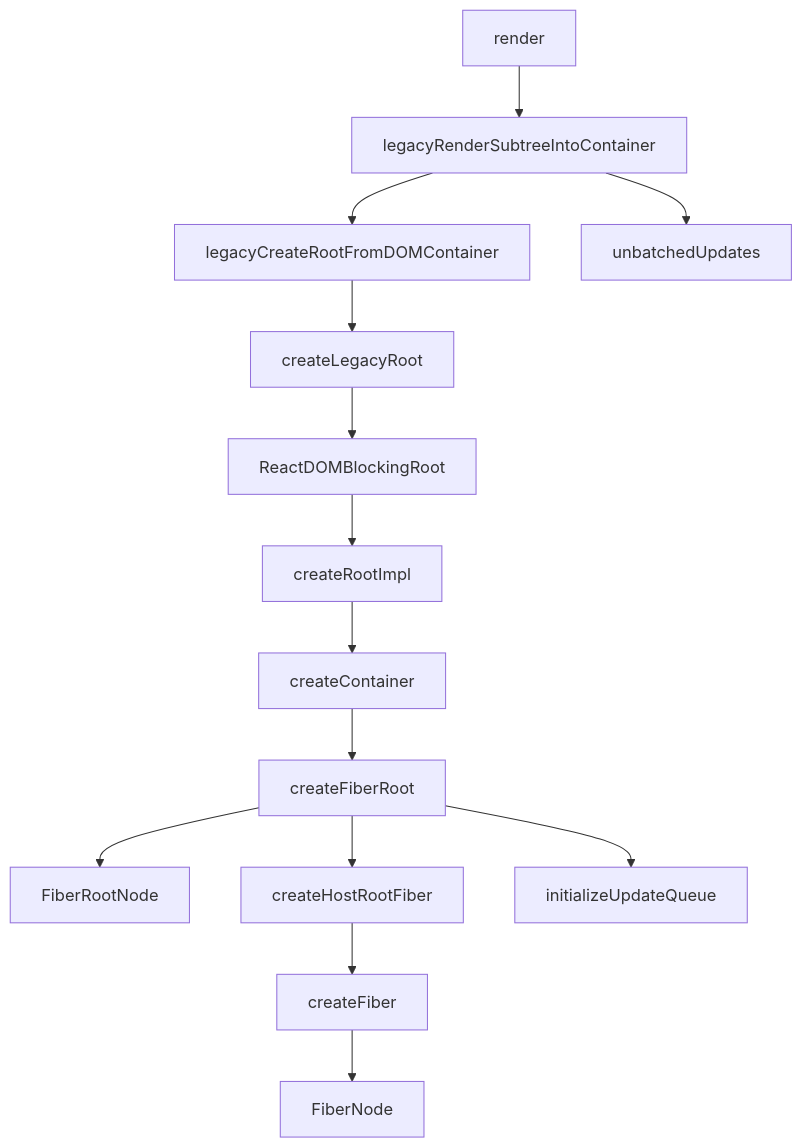
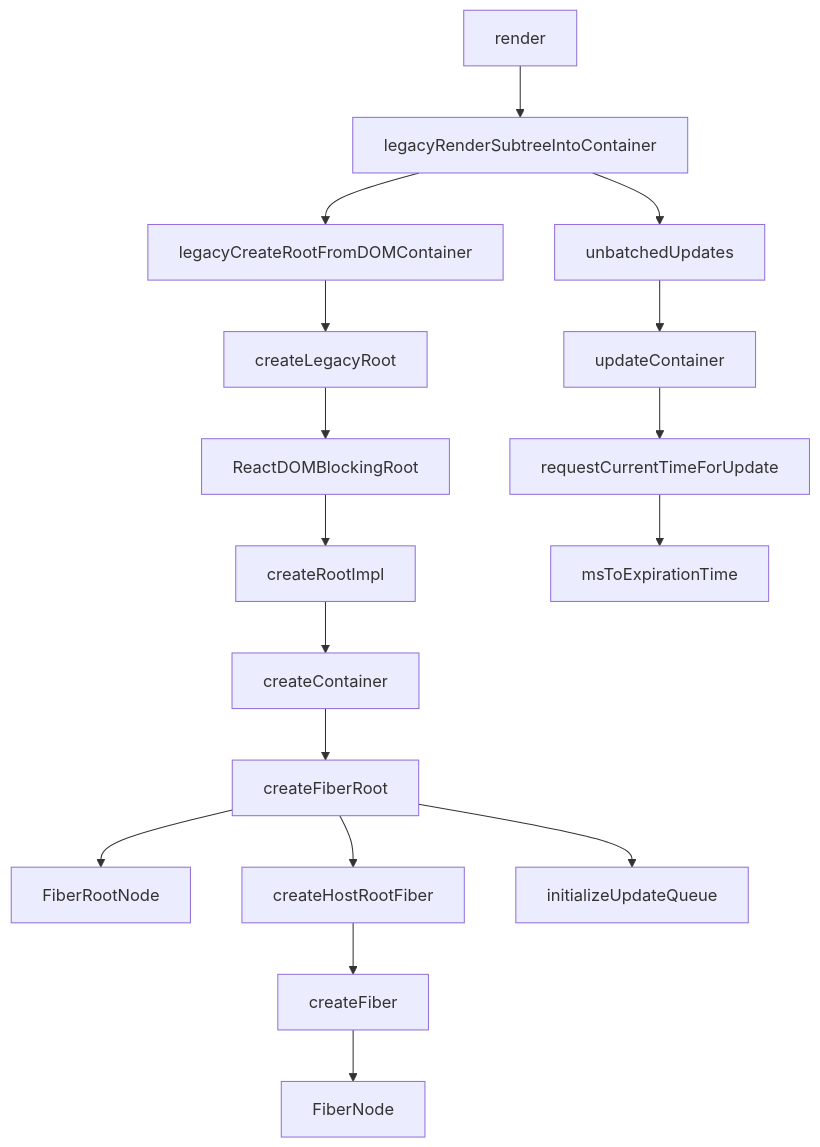
Before and after one commit to ginnko/ginnko.github.io: the first of 3 diagrams in source/_posts/2020-05-26-react源码学习之不知道叫啥名字先记下来.md, drawn with Mermaid. The commit also changed other lines of this file, not shown here.

````diff
--- a/source/_posts/2020-05-26-react源码学习之不知道叫啥名字先记下来.md
+++ b/source/_posts/2020-05-26-react源码学习之不知道叫啥名字先记下来.md
@@ -15,17 +15,20 @@
 ```mermaid
 graph TD;
 
   render --> legacyRenderSubtreeIntoContainer;
   legacyRenderSubtreeIntoContainer --> legacyCreateRootFromDOMContainer;
   legacyCreateRootFromDOMContainer --> createLegacyRoot;
   createLegacyRoot --> ReactDOMBlockingRoot;
   ReactDOMBlockingRoot --> createRootImpl;
   createRootImpl --> createContainer;
   createContainer --> createFiberRoot;
   createFiberRoot --> FiberRootNode;
   createFiberRoot --> createHostRootFiber;
   createFiberRoot --> initializeUpdateQueue;
   createHostRootFiber --> createFiber;
   createFiber --> FiberNode;
   legacyRenderSubtreeIntoContainer --> unbatchedUpdates;
+  unbatchedUpdates --> updateContainer;
+  updateContainer --> requestCurrentTimeForUpdate;
+  requestCurrentTimeForUpdate --> msToExpirationTime;
 ```
````
